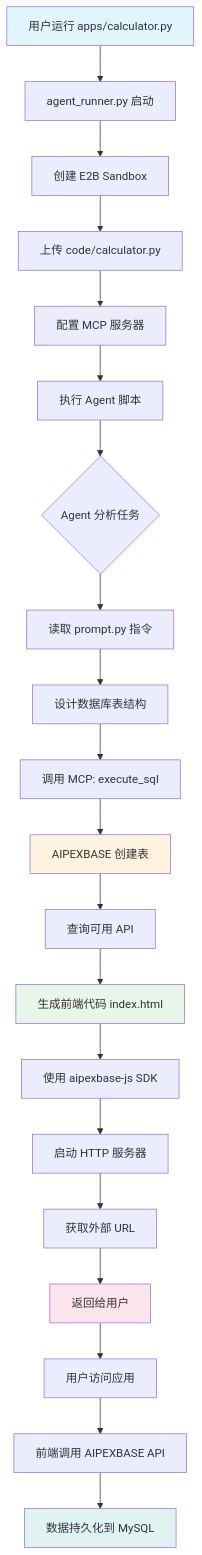
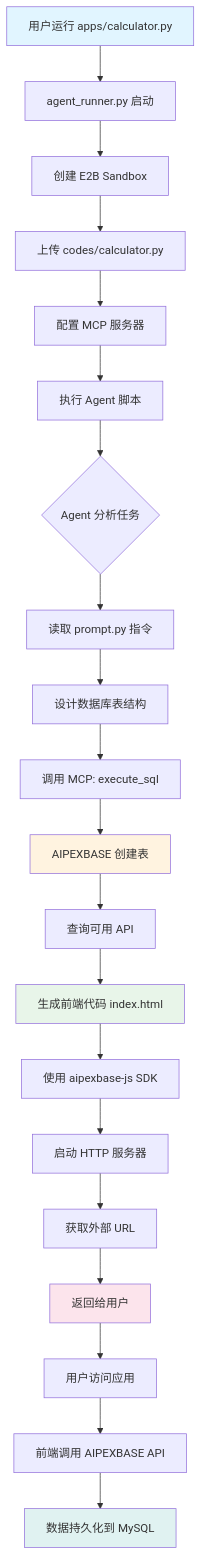
One commit to xiaodong528/Genie changed the seventh of 7 diagrams in docs/tech/architecture.md. Above: the diagram before and after it, drawn with Mermaid. The commit also changed other lines of this file and 15 other files, not shown here.

````diff
--- a/docs/tech/architecture.md
+++ b/docs/tech/architecture.md
@@ -493,33 +493,33 @@
 ```mermaid
 flowchart TD
     A[用户运行 apps/calculator.py] --> B[agent_runner.py 启动]
     B --> C[创建 E2B Sandbox]
-    C --> D[上传 code/calculator.py]
+    C --> D[上传 codes/calculator.py]
     D --> E[配置 MCP 服务器]
     E --> F[执行 Agent 脚本]
     
     F --> G{Agent 分析任务}
     G --> H[读取 prompt.py 指令]
     H --> I[设计数据库表结构]
     
     I --> J[调用 MCP: execute_sql]
     J --> K[AIPEXBASE 创建表]
     K --> L[查询可用 API]
     
     L --> M[生成前端代码 index.html]
     M --> N[使用 aipexbase-js SDK]
     N --> O[启动 HTTP 服务器]
     
     O --> P[获取外部 URL]
     P --> Q[返回给用户]
     Q --> R[用户访问应用]
     
     R --> S[前端调用 AIPEXBASE API]
     S --> T[数据持久化到 MySQL]
     
     style A fill:#e1f5ff
     style K fill:#fff3e0
     style M fill:#e8f5e9
     style Q fill:#fce4ec
     style T fill:#e0f2f1
 ```
````
